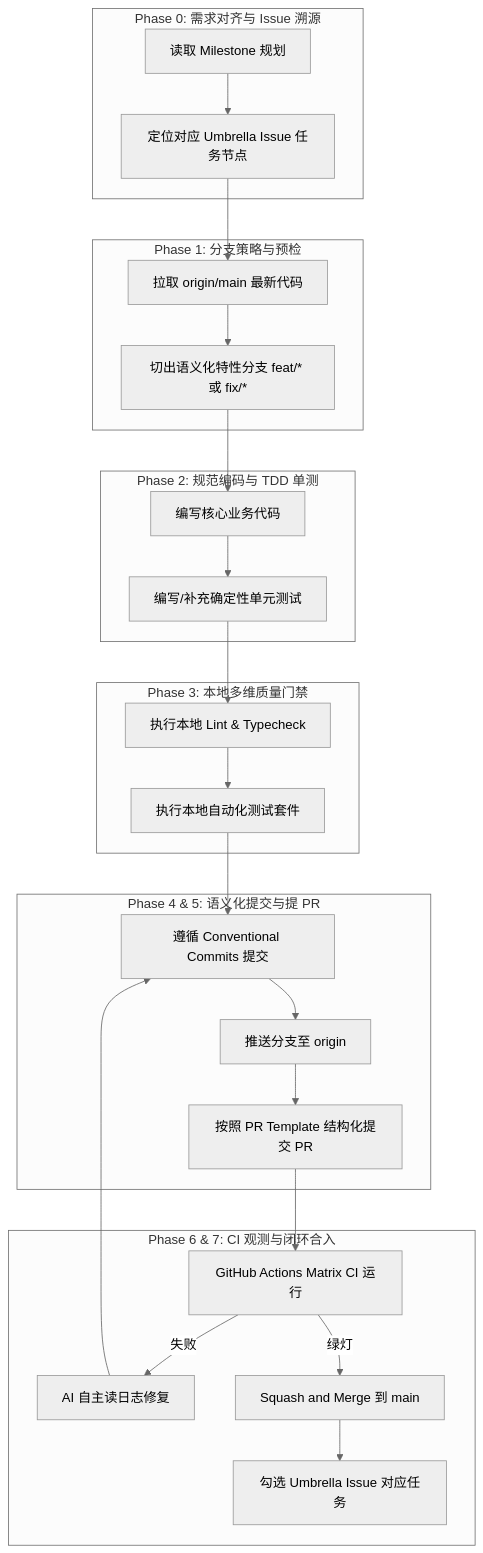
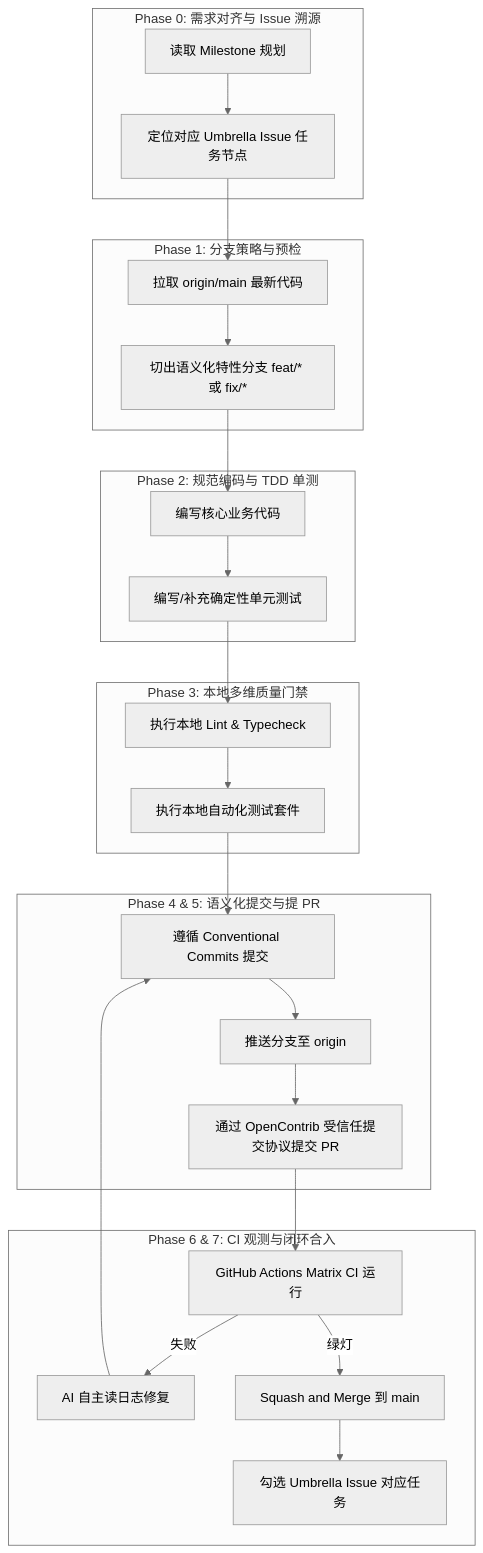
The diagram in DEVELOPMENT_SOP.md (MeiSiristhebest/opencontrib), drawn with Mermaid (neutral theme) before and after one commit. The commit also changed other lines of this file and 113 other files, not shown here.

````diff
--- a/DEVELOPMENT_SOP.md
+++ b/DEVELOPMENT_SOP.md
@@ -22,36 +23,36 @@
 ```mermaid
 flowchart TD
     subgraph Phase 0: 需求对齐与 Issue 溯源
         A1[读取 Milestone 规划] --> A2[定位对应 Umbrella Issue 任务节点]
     end
 
     subgraph Phase 1: 分支策略与预检
         B1[拉取 origin/main 最新代码] --> B2[切出语义化特性分支 feat/* 或 fix/*]
     end
 
     subgraph Phase 2: 规范编码与 TDD 单测
         C1[编写核心业务代码] --> C2[编写/补充确定性单元测试]
     end
 
     subgraph Phase 3: 本地多维质量门禁
         D1[执行本地 Lint & Typecheck] --> D2[执行本地自动化测试套件]
     end
 
     subgraph Phase 4 & 5: 语义化提交与提 PR
         E1[遵循 Conventional Commits 提交] --> E2[推送分支至 origin]
-        E2 --> E3[按照 PR Template 结构化提交 PR]
+        E2 --> E3[通过 OpenContrib 受信任提交协议提交 PR]
     end
 
     subgraph Phase 6 & 7: CI 观测与闭环合入
         F1[GitHub Actions Matrix CI 运行] -->|失败| F2[AI 自主读日志修复]
         F2 --> E1
         F1 -->|绿灯| F3[Squash and Merge 到 main]
         F3 --> F4[勾选 Umbrella Issue 对应任务]
     end
 
     A2 --> B1
     B2 --> C1
     C2 --> D1
     D2 --> E1
     E3 --> F1
 ```
````
